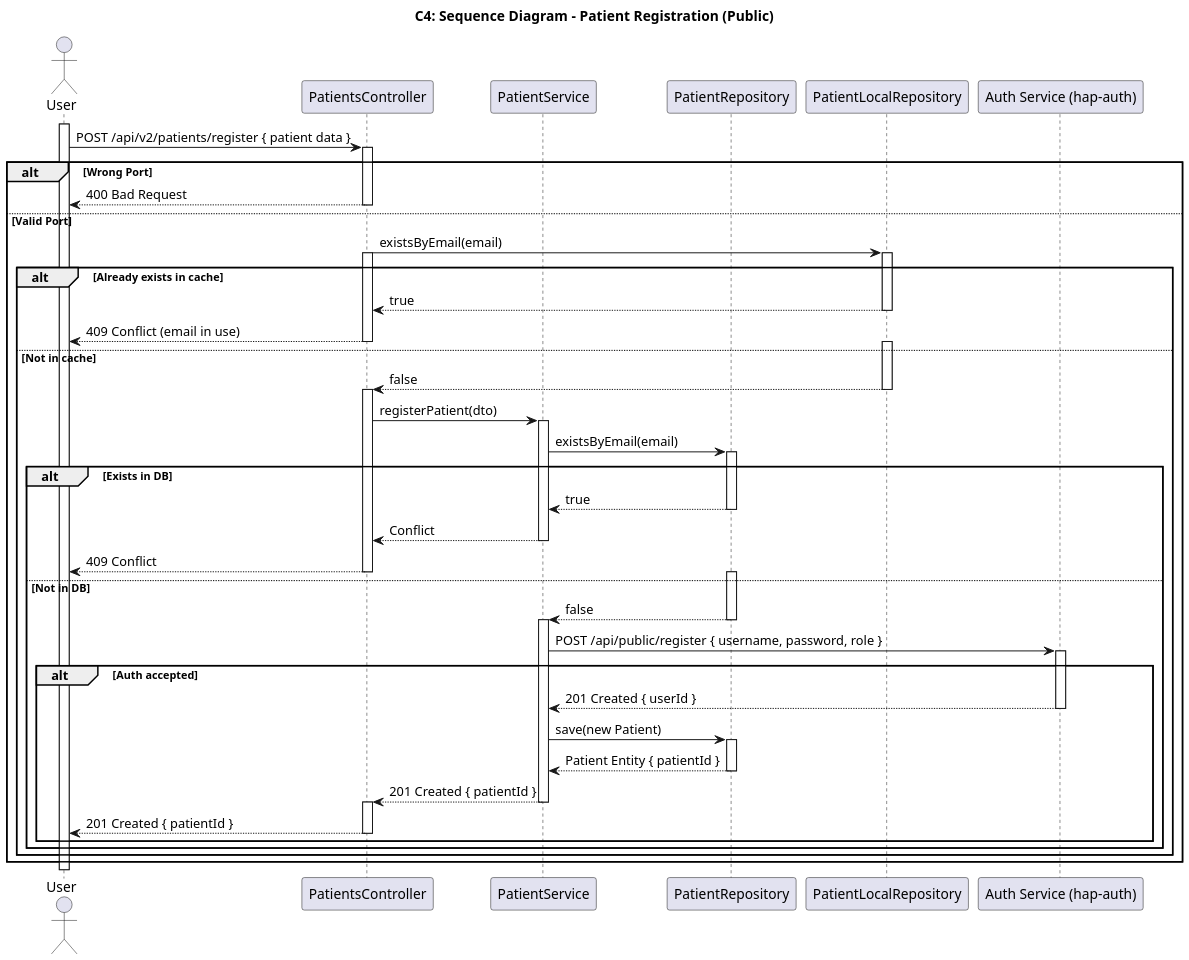
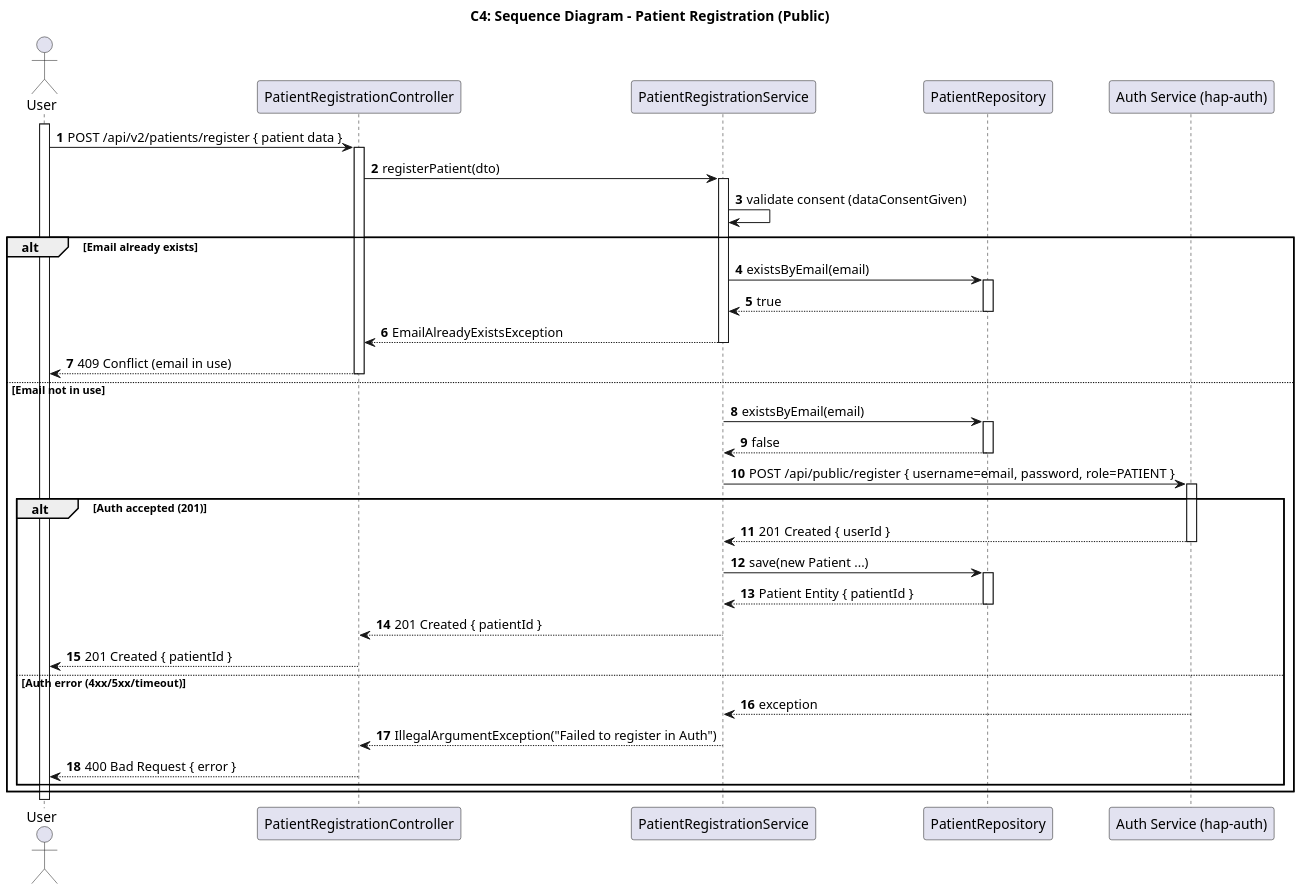
One commit to pedrods05/LETI_SIDIS_3DA_6 changed the diagram in DOCS/C4+1/C4+1-PatientRegistration-Sequence.puml. Above: the diagram before and after it, drawn with PlantUML. The commit also changed 8 other files, not shown here.

Commit message:
diagramas

```diff
--- a/DOCS/C4+1/C4+1-PatientRegistration-Sequence.puml
+++ b/DOCS/C4+1/C4+1-PatientRegistration-Sequence.puml
@@ -1,72 +1,58 @@
 @startuml
-' C4+1 — Patient registration SD (layered)
 skinparam dpi 150
 skinparam shadowing false
 skinparam DefaultFontName Arial
 
 title C4: Sequence Diagram - Patient Registration (Public)
 
 actor User
-participant "PatientsController" as Controller
-participant "PatientService" as Service
+participant "PatientRegistrationController" as Controller
+participant "PatientRegistrationService" as Service
 participant "PatientRepository" as Repo
-participant "PatientLocalRepository" as LocalCache
 participant "Auth Service (hap-auth)" as AUTH
 
 activate User
+autonumber
 User -> Controller : POST /api/v2/patients/register { patient data }
 activate Controller
-alt Wrong Port
-  Controller --> User : 400 Bad Request
+Controller -> Service : registerPatient(dto)
+activate Service
+Service -> Service : validate consent (dataConsentGiven)
+alt Email already exists
+  Service -> Repo : existsByEmail(email)
+  activate Repo
+  Repo --> Service : true
+  deactivate Repo
+  Service --> Controller : EmailAlreadyExistsException
+  deactivate Service
+  Controller --> User : 409 Conflict (email in use)
   deactivate Controller
-else Valid Port
-Controller -> LocalCache : existsByEmail(email)
-  activate Controller
-  activate LocalCache
-  alt Already exists in cache
-    LocalCache --> Controller : true
-    deactivate LocalCache
-    Controller --> User : 409 Conflict (email in use)
+else Email not in use
+  Service -> Repo : existsByEmail(email)
+  activate Repo
+  Repo --> Service : false
+  deactivate Repo
+  Service -> AUTH : POST /api/public/register { username=email, password, role=PATIENT }
+  activate AUTH
+  alt Auth accepted (201)
+    AUTH --> Service : 201 Created { userId }
+    deactivate AUTH
+    Service -> Repo : save(new Patient ...)
+    activate Repo
+    Repo --> Service : Patient Entity { patientId }
+    deactivate Repo
+    Service --> Controller : 201 Created { patientId }
+    deactivate Service
+    Controller --> User : 201 Created { patientId }
     deactivate Controller
-  else Not in cache
-    activate LocalCache
-    LocalCache --> Controller : false
-    deactivate LocalCache
-    activate Controller
-    Controller -> Service : registerPatient(dto)
-    activate Service
-    Service -> Repo : existsByEmail(email)
-    activate Repo
-    alt Exists in DB
-      Repo --> Service : true
-      deactivate Repo
-      Service --> Controller : Conflict
-      deactivate Service
-      Controller --> User : 409 Conflict
-      deactivate Controller
-    else Not in DB
-    activate Repo
-      Repo --> Service : false
-      deactivate Repo
-      activate Service
-      Service -> AUTH : POST /api/public/register { username, password, role }
-      activate AUTH
-      alt Auth accepted
-        AUTH --> Service : 201 Created { userId }
-        deactivate AUTH
-        Service -> Repo : save(new Patient)
-        activate Repo
-        Repo --> Service : Patient Entity { patientId }
-        deactivate Repo
-        Service --> Controller : 201 Created { patientId }
-        deactivate Service
-        activate Controller
-        Controller --> User : 201 Created { patientId }
-        deactivate Controller
-
-      end
-    end
+  else Auth error (4xx/5xx/timeout)
+    AUTH --> Service : exception
+    deactivate AUTH
+    Service --> Controller : IllegalArgumentException("Failed to register in Auth")
+    deactivate Service
+    Controller --> User : 400 Bad Request { error }
+    deactivate Controller
   end
 end
 
 @enduml
```
